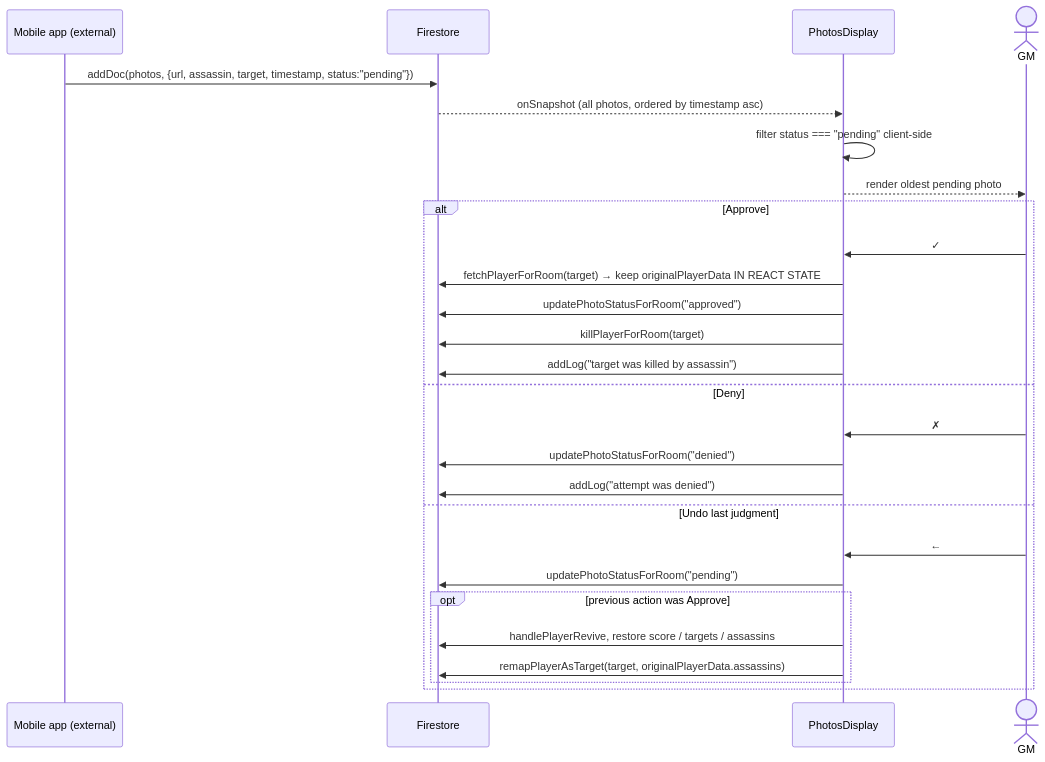
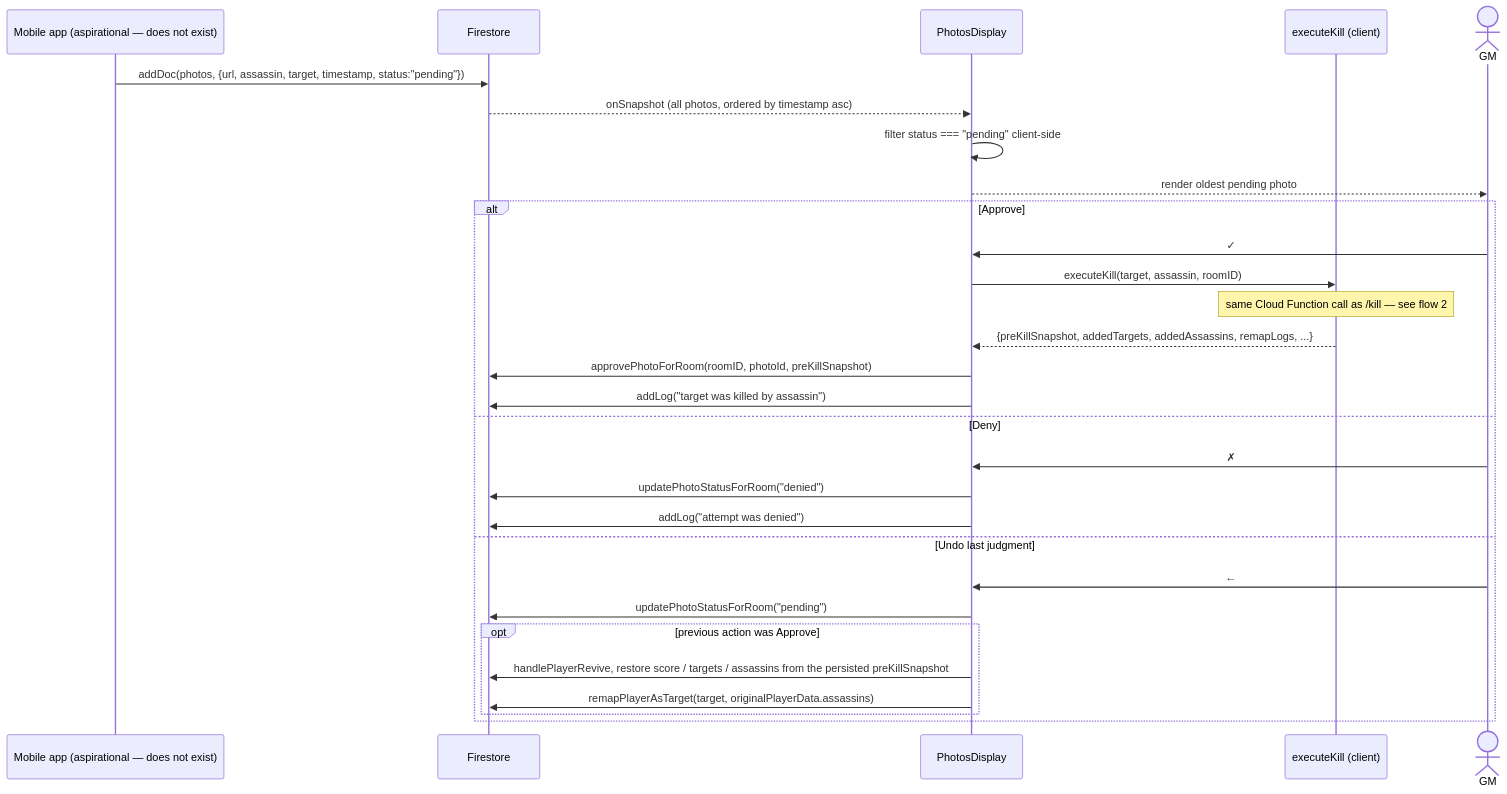
Before and after one commit to allenthebosscoder/mall-mystery-heroes: the third of 4 diagrams in docs/game-flows.md, drawn with Mermaid. The commit also changed other lines of this file and 63 other files, not shown here.

````diff
--- a/docs/game-flows.md
+++ b/docs/game-flows.md
@@ -168,31 +162,33 @@
 ```mermaid
 sequenceDiagram
-    participant App as Mobile app (external)
+    participant App as Mobile app (aspirational — does not exist)
     participant FS as Firestore
     participant PD as PhotosDisplay
+    participant EK as executeKill (client)
     actor GM
 
     App->>FS: addDoc(photos, {url, assassin, target, timestamp, status:"pending"})
     FS-->>PD: onSnapshot (all photos, ordered by timestamp asc)
     PD->>PD: filter status === "pending" client-side
     PD-->>GM: render oldest pending photo
 
     alt Approve
         GM->>PD: ✓
-        PD->>FS: fetchPlayerForRoom(target) → keep originalPlayerData IN REACT STATE
-        PD->>FS: updatePhotoStatusForRoom("approved")
-        PD->>FS: killPlayerForRoom(target)
+        PD->>EK: executeKill(target, assassin, roomID)
+        Note over EK: same Cloud Function call as /kill — see flow 2
+        EK-->>PD: {preKillSnapshot, addedTargets, addedAssassins, remapLogs, ...}
+        PD->>FS: approvePhotoForRoom(roomID, photoId, preKillSnapshot)
         PD->>FS: addLog("target was killed by assassin")
     else Deny
         GM->>PD: ✗
         PD->>FS: updatePhotoStatusForRoom("denied")
         PD->>FS: addLog("attempt was denied")
     else Undo last judgment
         GM->>PD: ←
         PD->>FS: updatePhotoStatusForRoom("pending")
         opt previous action was Approve
-            PD->>FS: handlePlayerRevive, restore score / targets / assassins
+            PD->>FS: handlePlayerRevive, restore score / targets / assassins from the persisted preKillSnapshot
             PD->>FS: remapPlayerAsTarget(target, originalPlayerData.assassins)
         end
     end
 ```
````
